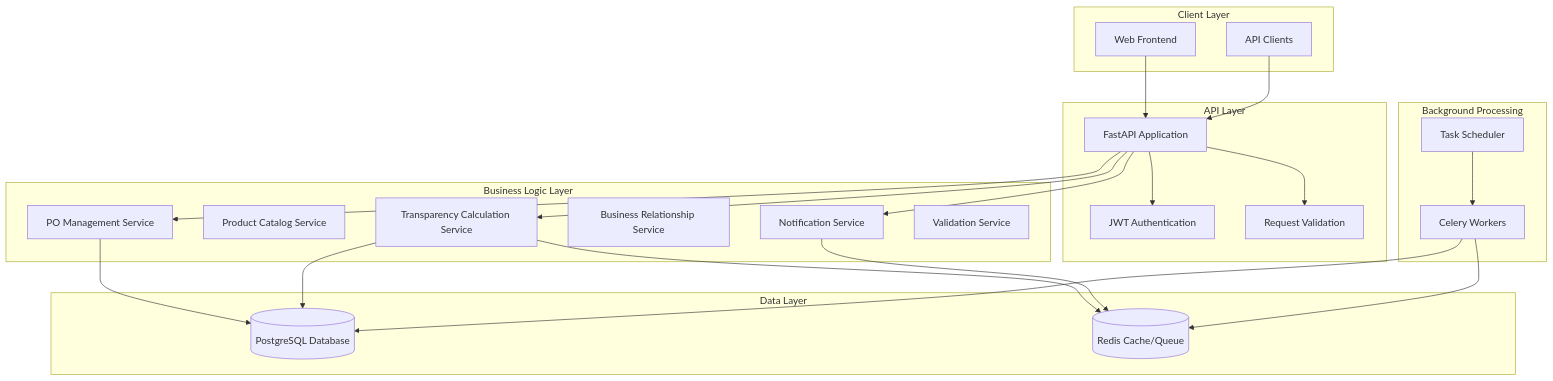
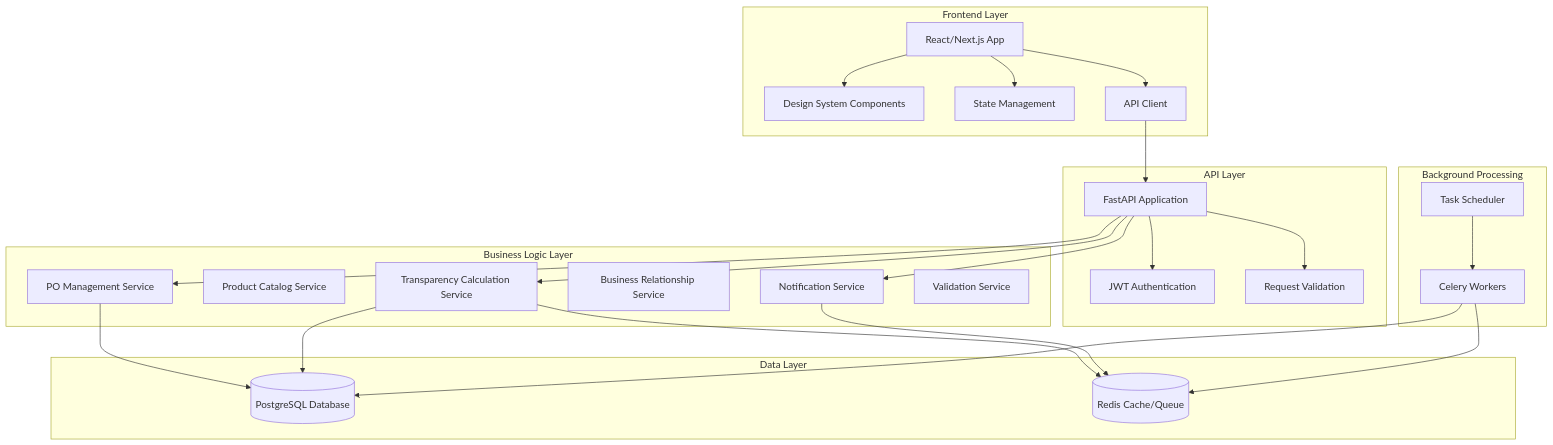
The diagram in .kiro/specs/common-backend-mvp/design.md (logicshaper19/common), drawn with Mermaid before and after one commit. The commit also changed other lines of this file and 143 other files, not shown here.

````diff
--- a/.kiro/specs/common-backend-mvp/design.md
+++ b/.kiro/specs/common-backend-mvp/design.md
@@ -11,49 +11,54 @@
 ```mermaid
 graph TB
-    subgraph "Client Layer"
-        WEB[Web Frontend]
-        API_CLIENTS[API Clients]
+    subgraph "Frontend Layer"
+        REACT[React/Next.js App]
+        DESIGN_SYSTEM[Design System Components]
+        STATE_MGMT[State Management]
+        API_CLIENT[API Client]
     end
     
     subgraph "API Layer"
         FASTAPI[FastAPI Application]
         AUTH[JWT Authentication]
         VALIDATION[Request Validation]
     end
     
     subgraph "Business Logic Layer"
         PO_SERVICE[PO Management Service]
         PRODUCT_SERVICE[Product Catalog Service]
         TRANSPARENCY_SERVICE[Transparency Calculation Service]
         RELATIONSHIP_SERVICE[Business Relationship Service]
         NOTIFICATION_SERVICE[Notification Service]
         VALIDATION_SERVICE[Validation Service]
     end
     
     subgraph "Data Layer"
         POSTGRES[(PostgreSQL Database)]
         REDIS[(Redis Cache/Queue)]
     end
     
     subgraph "Background Processing"
         CELERY[Celery Workers]
         SCHEDULER[Task Scheduler]
     end
     
-    WEB --> FASTAPI
-    API_CLIENTS --> FASTAPI
+    REACT --> DESIGN_SYSTEM
+    REACT --> STATE_MGMT
+    REACT --> API_CLIENT
+    API_CLIENT --> FASTAPI
+    
     FASTAPI --> AUTH
     FASTAPI --> VALIDATION
     FASTAPI --> PO_SERVICE
     FASTAPI --> TRANSPARENCY_SERVICE
     FASTAPI --> NOTIFICATION_SERVICE
     
     PO_SERVICE --> POSTGRES
     TRANSPARENCY_SERVICE --> POSTGRES
     TRANSPARENCY_SERVICE --> REDIS
     NOTIFICATION_SERVICE --> REDIS
     
     CELERY --> REDIS
     CELERY --> POSTGRES
     SCHEDULER --> CELERY
 ```
````
